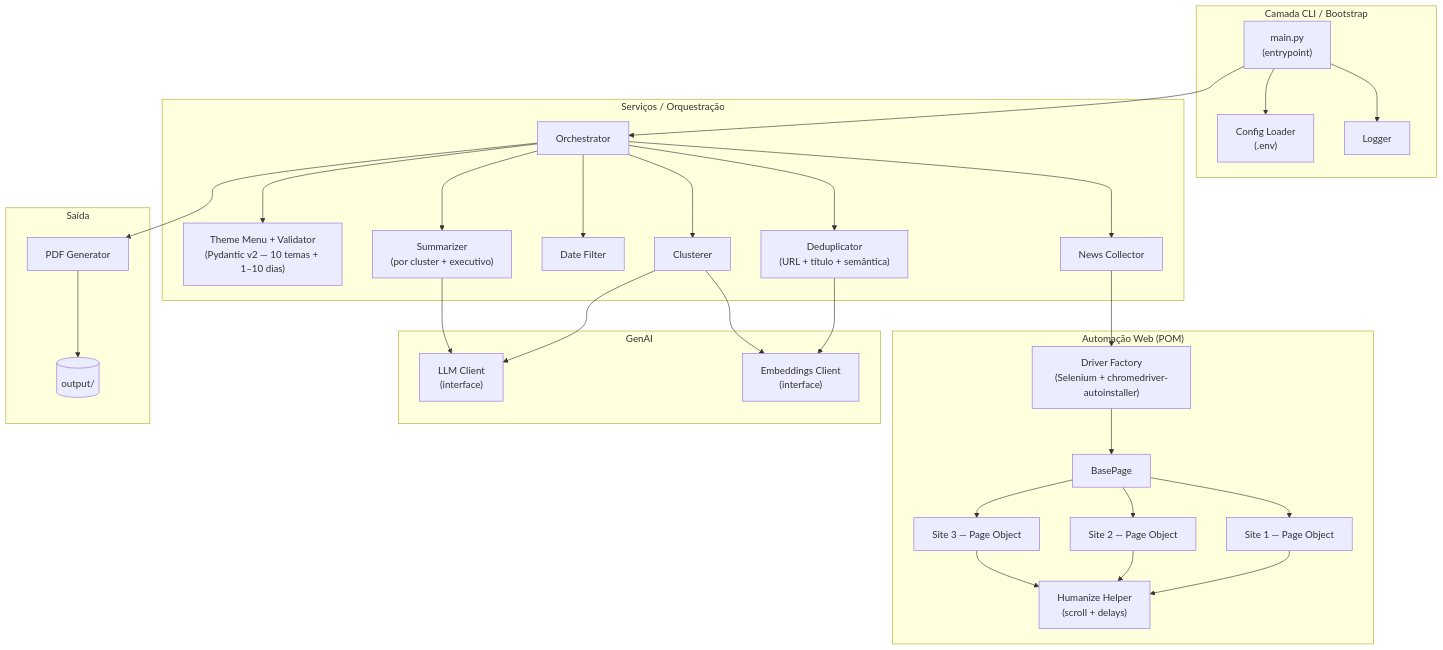
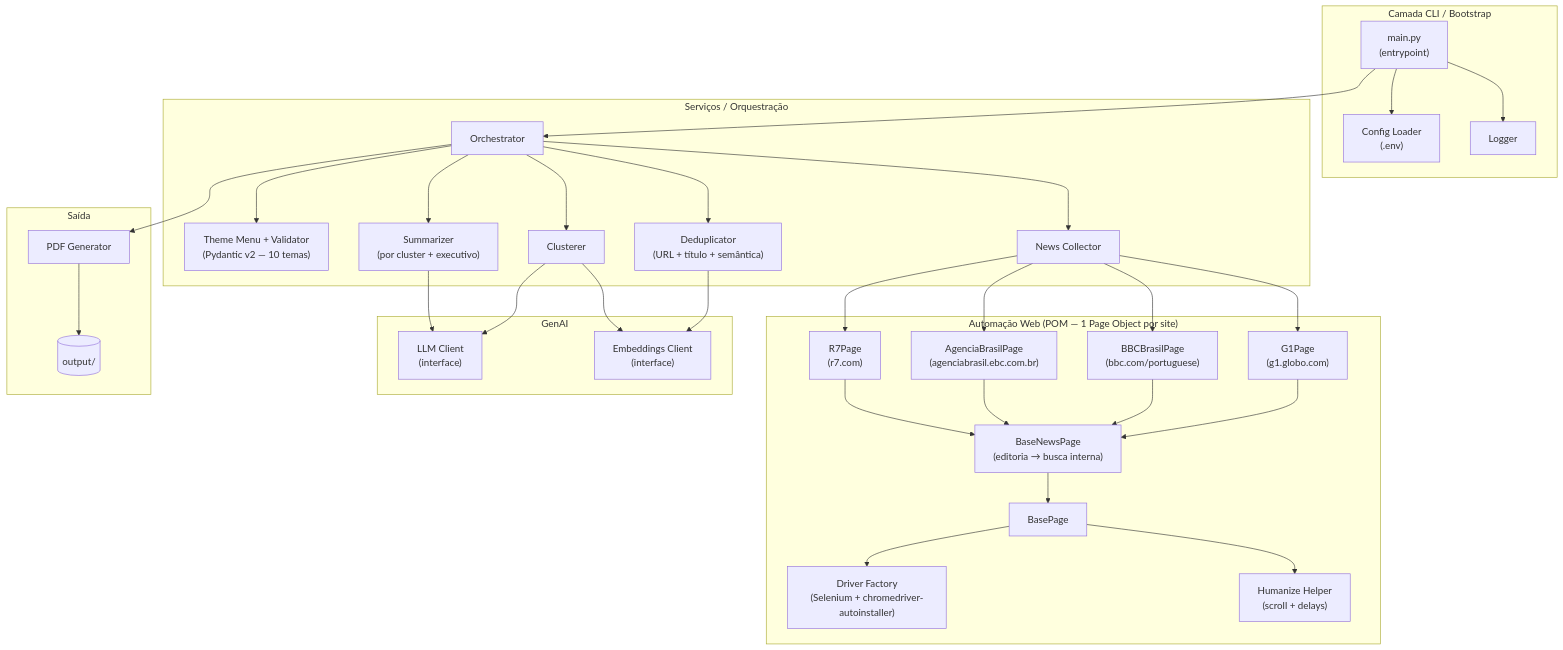
The first of 2 diagrams in docs/arquitetura.md (lleooNS/RPA_SMART_NEWS), drawn with Mermaid before and after one commit. The commit also changed other lines of this file and 3 other files, not shown here.

````diff
--- a/docs/arquitetura.md
+++ b/docs/arquitetura.md
@@ -25,65 +25,68 @@
 ```mermaid
 flowchart TB
     subgraph CLI["Camada CLI / Bootstrap"]
         MAIN["main.py<br/>(entrypoint)"]
         CFG["Config Loader<br/>(.env)"]
         LOG["Logger"]
     end
 
     subgraph SVC["Serviços / Orquestração"]
         ORCH["Orchestrator"]
-        MENU["Theme Menu + Validator<br/>(Pydantic v2 — 10 temas + 1–10 dias)"]
+        MENU["Theme Menu + Validator<br/>(Pydantic v2 — 10 temas)"]
         COLL["News Collector"]
-        FILT["Date Filter"]
         DEDUP["Deduplicator<br/>(URL + título + semântica)"]
         CLUS["Clusterer"]
         SUMM["Summarizer<br/>(por cluster + executivo)"]
     end
 
-    subgraph WEB["Automação Web (POM)"]
+    subgraph WEB["Automação Web (POM — 1 Page Object por site)"]
         DRV["Driver Factory<br/>(Selenium + chromedriver-autoinstaller)"]
         BP["BasePage"]
-        S1["Site 1 — Page Object"]
-        S2["Site 2 — Page Object"]
-        S3["Site 3 — Page Object"]
+        BNP["BaseNewsPage<br/>(editoria → busca interna)"]
+        G1["G1Page<br/>(g1.globo.com)"]
+        BBC["BBCBrasilPage<br/>(bbc.com/portuguese)"]
+        AB["AgenciaBrasilPage<br/>(agenciabrasil.ebc.com.br)"]
+        R7["R7Page<br/>(r7.com)"]
         HUM["Humanize Helper<br/>(scroll + delays)"]
     end
 
     subgraph AI["GenAI"]
         LLM["LLM Client<br/>(interface)"]
         EMB["Embeddings Client<br/>(interface)"]
     end
 
     subgraph OUT["Saída"]
         PDF["PDF Generator"]
         FS[("output/")]
     end
 
     MAIN --> CFG
     MAIN --> LOG
     MAIN --> ORCH
 
     ORCH --> MENU
     ORCH --> COLL
-    ORCH --> FILT
     ORCH --> DEDUP
     ORCH --> CLUS
     ORCH --> SUMM
     ORCH --> PDF
 
-    COLL --> DRV
-    DRV --> BP
-    BP --> S1
-    BP --> S2
-    BP --> S3
-    S1 --> HUM
-    S2 --> HUM
-    S3 --> HUM
+    COLL --> G1
+    COLL --> BBC
+    COLL --> AB
+    COLL --> R7
+    G1 --> BNP
+    BBC --> BNP
+    AB --> BNP
+    R7 --> BNP
+    BNP --> BP
+    BP --> DRV
+    BP --> HUM
 
     DEDUP --> EMB
     CLUS --> EMB
     CLUS --> LLM
     SUMM --> LLM
 
     PDF --> FS
 ```
````
